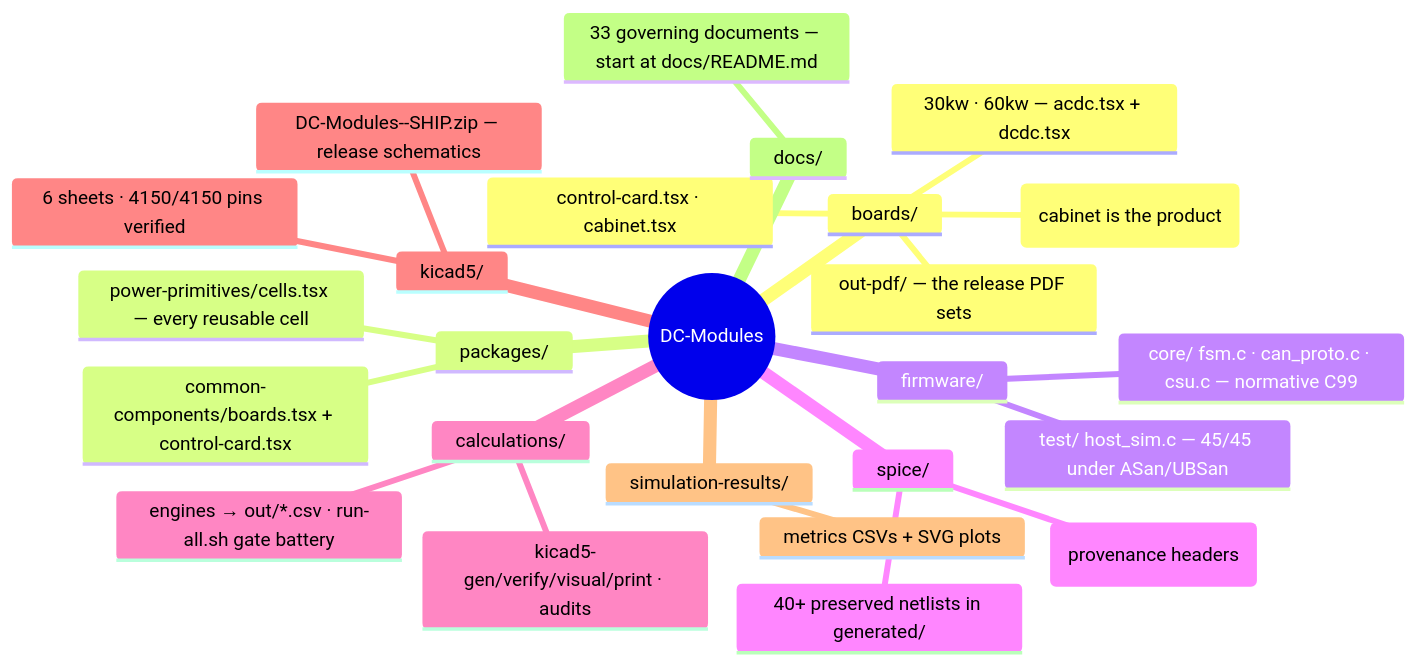
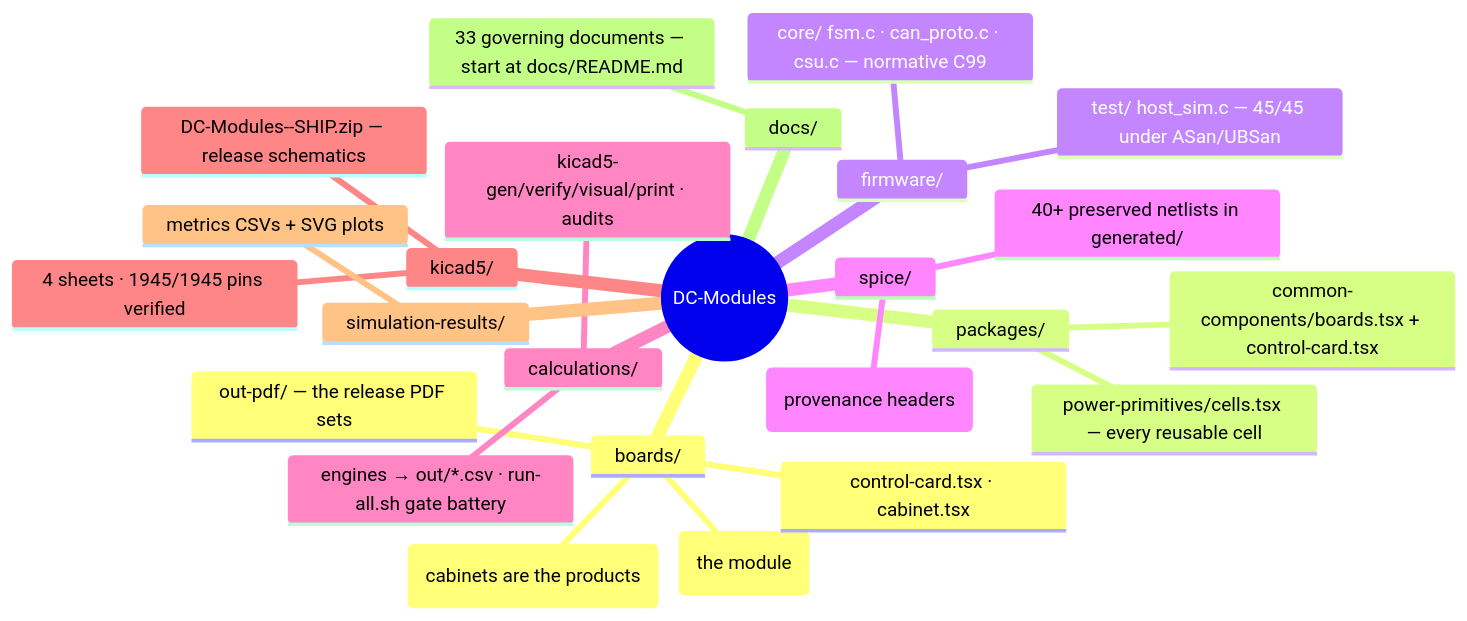
Before and after one commit to vectivolt/DC-Modules: the second of 3 diagrams in README.md, drawn with Mermaid. The commit also changed other lines of this file and 85 other files, not shown here.

````diff
--- a/README.md
+++ b/README.md
@@ -88,28 +88,28 @@
 ```mermaid
 mindmap
   root((DC-Modules))
     boards/
-      30kw · 60kw — acdc.tsx + dcdc.tsx
+      30kw — acdc.tsx + dcdc.tsx (the module)
       control-card.tsx · cabinet.tsx
-      120kw/ — retired reference (cabinet is the product)
+      60kw/ · 120kw/ — retired references (cabinets are the products)
       out-pdf/ — the release PDF sets
     packages/
       power-primitives/cells.tsx — every reusable cell
       common-components/boards.tsx + control-card.tsx
     firmware/
       core/ fsm.c · can_proto.c · csu.c — normative C99
       test/ host_sim.c — 45/45 under ASan/UBSan
     spice/
       models/ behavioral SiC lib (provenance headers)
       40+ preserved netlists in generated/
     calculations/
       engines → out/*.csv · run-all.sh gate battery
       kicad5-gen/verify/visual/print · audits
     kicad5/
       DC-Modules-<target>-SHIP.zip — release schematics
-      6 sheets · 4150/4150 pins verified
+      4 sheets · 1945/1945 pins verified
     simulation-results/
       metrics CSVs + SVG plots
     docs/
       33 governing documents — start at docs/README.md
 ```
````
